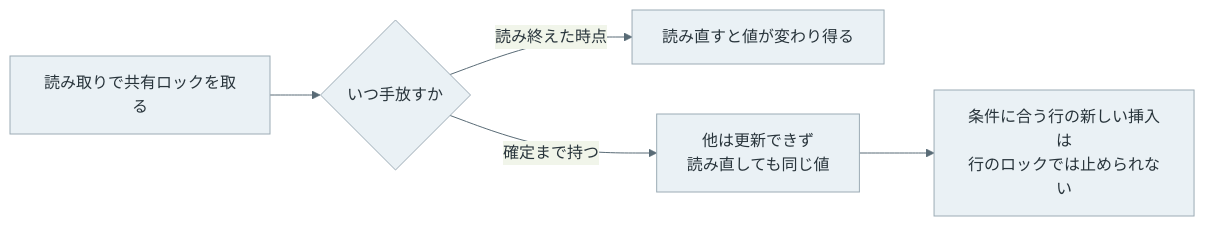
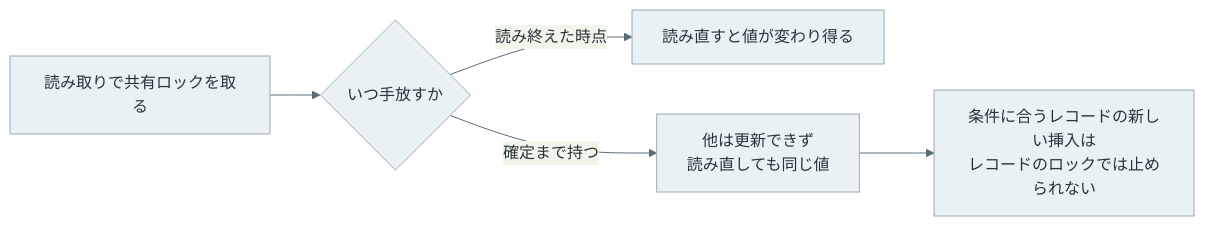
Before and after one commit to nao1215/debimate: the seventh of 8 diagrams in content/notes/database-systems/transaction-isolation/index.md, drawn with Mermaid. The commit also changed other lines of this file and 125 other files, not shown here.

````diff
--- a/content/notes/database-systems/transaction-isolation/index.md
+++ b/content/notes/database-systems/transaction-isolation/index.md
@@ -215,9 +221,9 @@
 ```mermaid
 %%{init: {"theme":"base","themeVariables":{"primaryColor":"#eaf1f5","primaryTextColor":"#28343b","primaryBorderColor":"#9cabb5","lineColor":"#596b76","textColor":"#28343b","actorBkg":"#eaf1f5","actorBorder":"#9cabb5","actorTextColor":"#28343b","actorLineColor":"#9cabb5","signalColor":"#596b76","signalTextColor":"#28343b","noteBkgColor":"#f7f1e5","noteBorderColor":"#c5b99b","noteTextColor":"#403c32","activationBkgColor":"#edf3ef","activationBorderColor":"#9aafa1"}}}%%
 flowchart LR
     R["読み取りで共有ロックを取る"] --> Q{"いつ手放すか"}
     Q -->|"読み終えた時点"| E["読み直すと値が変わり得る"]
     Q -->|"確定まで持つ"| K["他は更新できず<br/>読み直しても同じ値"]
-    K --> N["条件に合う行の新しい挿入は<br/>行のロックでは止められない"]
+    K --> N["条件に合うレコードの新しい挿入は<br/>レコードのロックでは止められない"]
     classDef default fill:#eaf1f5,stroke:#9cabb5,color:#28343b;
 ```
````
